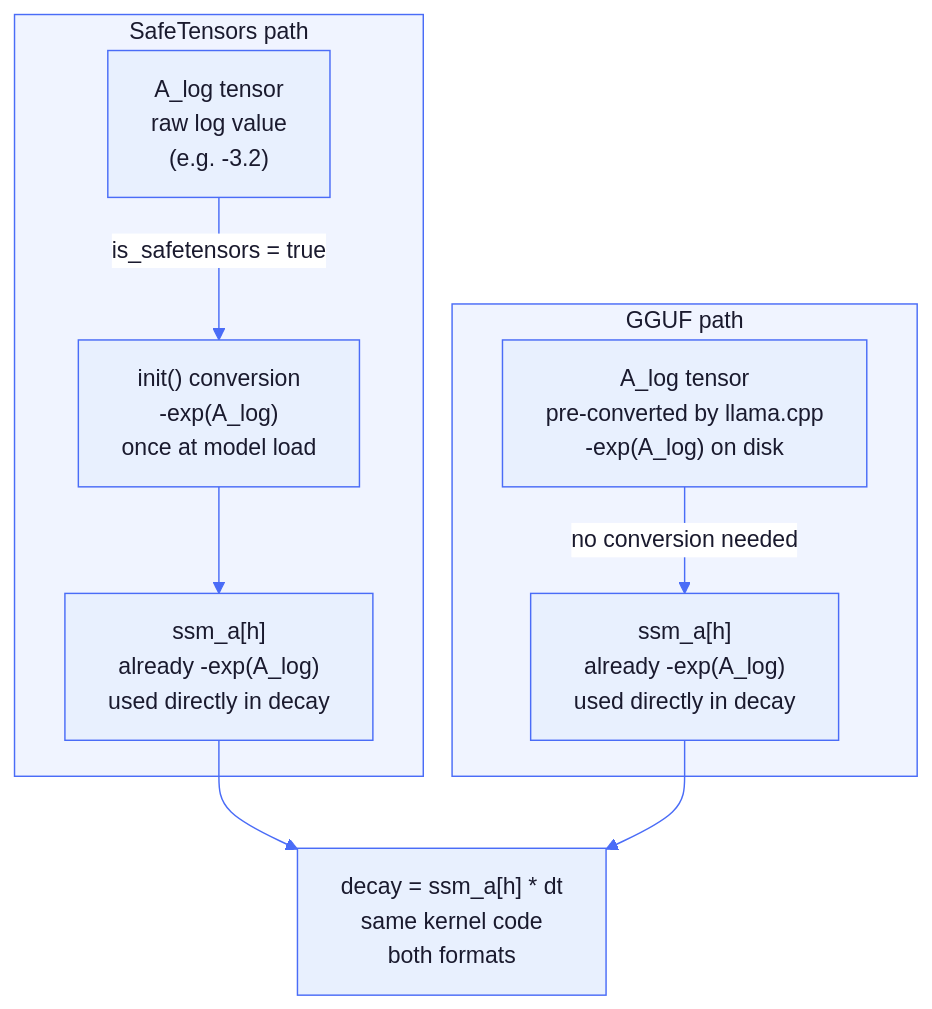
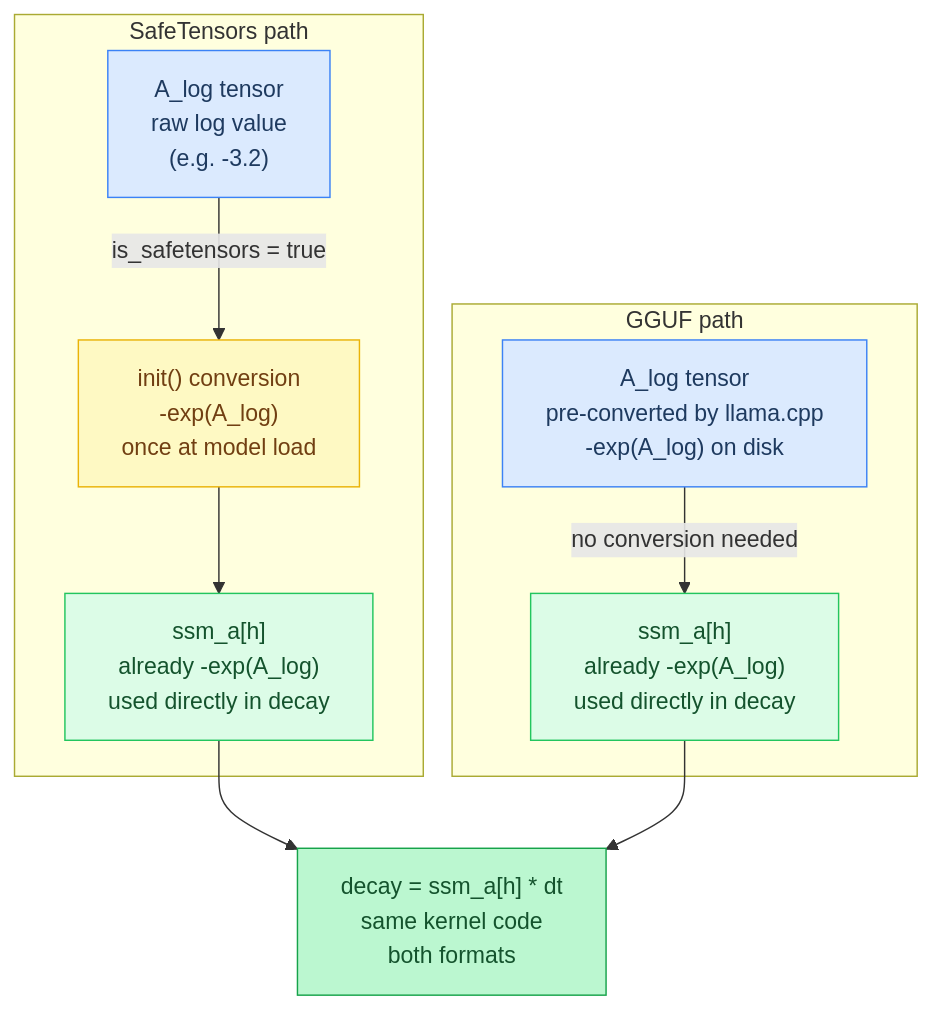
One commit to maci0/agave changed the fourth of 9 diagrams in docs/tutorial/14-format-conventions.md. Above: the diagram before and after it, drawn with Mermaid. The commit also changed other lines of this file and 24 other files, not shown here.

First line of the commit message:
docs: convert all mermaid diagrams to classDef semantic colors

````diff
--- a/docs/tutorial/14-format-conventions.md
+++ b/docs/tutorial/14-format-conventions.md
@@ -303,32 +308,27 @@
 ```mermaid
-%%{init: {'theme': 'base', 'themeVariables': {
-  'primaryColor': '#e8f0fe',
-  'primaryTextColor': '#1a1a2e',
-  'primaryBorderColor': '#4a6cf7',
-  'lineColor': '#4a6cf7',
-  'secondaryColor': '#f0f4ff',
-  'tertiaryColor': '#f8f9ff',
-  'edgeLabelBackground': '#ffffff',
-  'clusterBkg': '#f0f4ff',
-  'clusterBorder': '#4a6cf7',
-  'titleColor': '#1a1a2e',
-  'nodeTextColor': '#1a1a2e',
-  'fontFamily': 'ui-monospace, SFMono-Regular, monospace'
-}}}%%
 flowchart TD
+    classDef setup     fill:#dbeafe,stroke:#3b82f6,color:#1e3a5f
+    classDef sync      fill:#dcfce7,stroke:#22c55e,color:#14532d
+    classDef migration fill:#fef9c3,stroke:#eab308,color:#713f12
+    classDef success   fill:#bbf7d0,stroke:#16a34a,color:#14532d
+    classDef danger    fill:#fee2e2,stroke:#ef4444,color:#7f1d1d
+    classDef optional  fill:#f3e8ff,stroke:#9333ea,color:#581c87
+
+    ST_Raw["A_log tensor\nraw log value\n(e.g. -3.2)"]:::setup
+    ST_Conv["init() conversion\n-exp(A_log)\nonce at model load"]:::migration
+    ST_Use["ssm_a[h]\nalready -exp(A_log)\nused directly in decay"]:::sync
+    GG_Pre["A_log tensor\npre-converted by llama.cpp\n-exp(A_log) on disk"]:::setup
+    GG_Use["ssm_a[h]\nalready -exp(A_log)\nused directly in decay"]:::sync
+    Decay["decay = ssm_a[h] * dt\nsame kernel code\nboth formats"]:::success
+
     subgraph ST["SafeTensors path"]
-        ST_Raw["A_log tensor\nraw log value\n(e.g. -3.2)"]
-        ST_Conv["init() conversion\n-exp(A_log)\nonce at model load"]
-        ST_Use["ssm_a[h]\nalready -exp(A_log)\nused directly in decay"]
         ST_Raw -->|"is_safetensors = true"| ST_Conv --> ST_Use
     end
 
     subgraph GG["GGUF path"]
-        GG_Pre["A_log tensor\npre-converted by llama.cpp\n-exp(A_log) on disk"]
-        GG_Use["ssm_a[h]\nalready -exp(A_log)\nused directly in decay"]
         GG_Pre -->|"no conversion needed"| GG_Use
     end
 
-    ST_Use --> Decay["decay = ssm_a[h] * dt\nsame kernel code\nboth formats"]
+    ST_Use --> Decay
     GG_Use --> Decay
 ```
````
